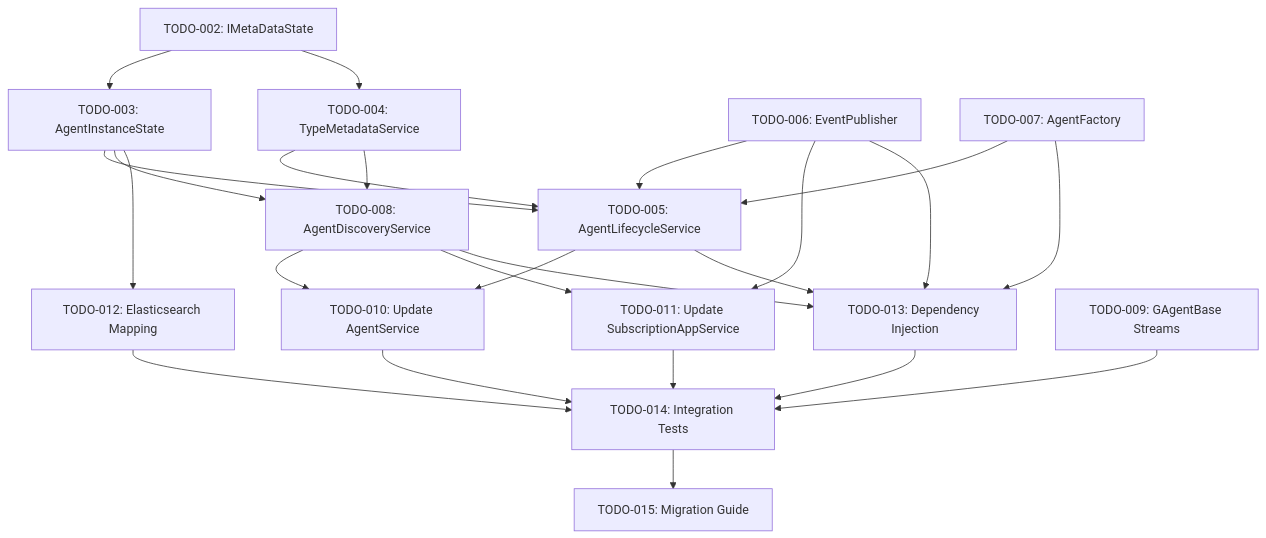
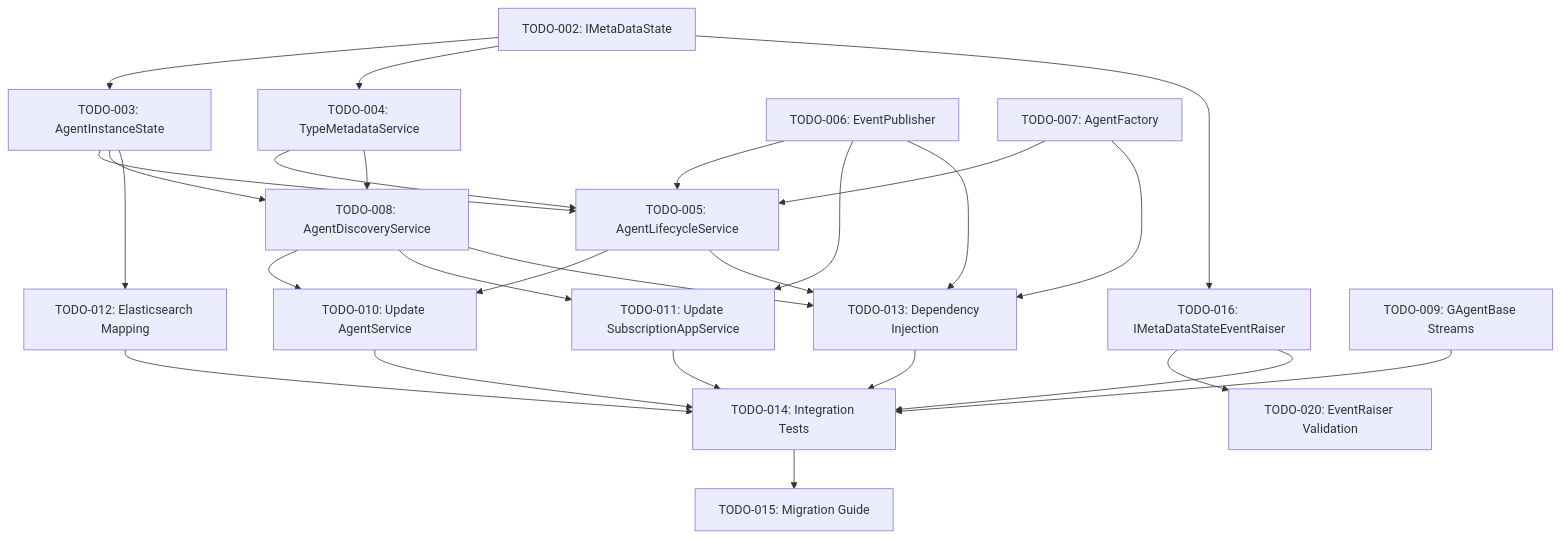
Before and after one commit to aevatarAI/aevatar-station: the diagram in station/docs/todos/README.md, drawn with Mermaid. The commit also changed other lines of this file and 2 other files, not shown here.

First line of the commit message:
refactor: reorganize TODOs for IMetaDataStateEventRaiser implementation

````diff
--- a/station/docs/todos/README.md
+++ b/station/docs/todos/README.md
@@ -51,31 +53,35 @@
 ```mermaid
 graph TD
     A[TODO-002: IMetaDataState] --> B[TODO-003: AgentInstanceState]
     A --> D[TODO-004: TypeMetadataService]
+    A --> P[TODO-016: IMetaDataStateEventRaiser]
     B --> E[TODO-005: AgentLifecycleService]
     B --> H[TODO-008: AgentDiscoveryService]
     B --> L[TODO-012: Elasticsearch Mapping]
     
     F[TODO-006: EventPublisher] --> E
     G[TODO-007: AgentFactory] --> E
     D --> E
     D --> H
     
     E --> J[TODO-010: Update AgentService]
     F --> K[TODO-011: Update SubscriptionAppService]
     H --> J
     H --> K
     
     E --> M[TODO-013: Dependency Injection]
     F --> M
     G --> M
     H --> M
     
+    P --> T[TODO-020: EventRaiser Validation]
+    
     I[TODO-009: GAgentBase Streams] --> N[TODO-014: Integration Tests]
     J --> N
     K --> N
     L --> N
     M --> N
+    P --> N
     
     N --> O[TODO-015: Migration Guide]
 ```
````
